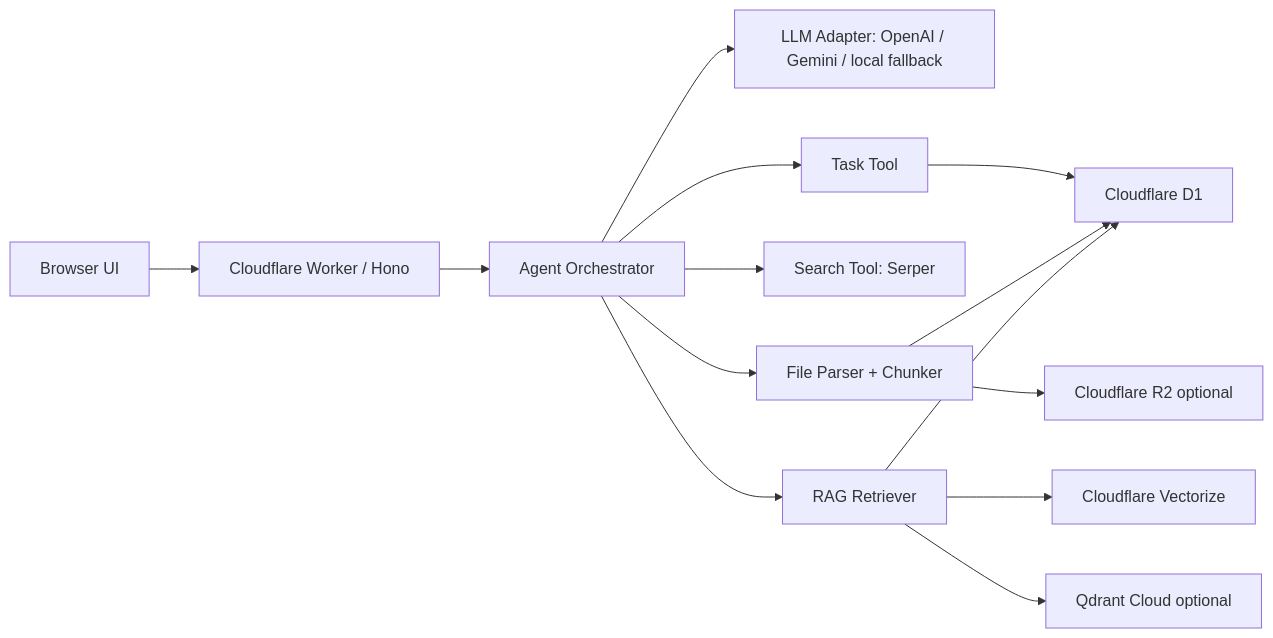
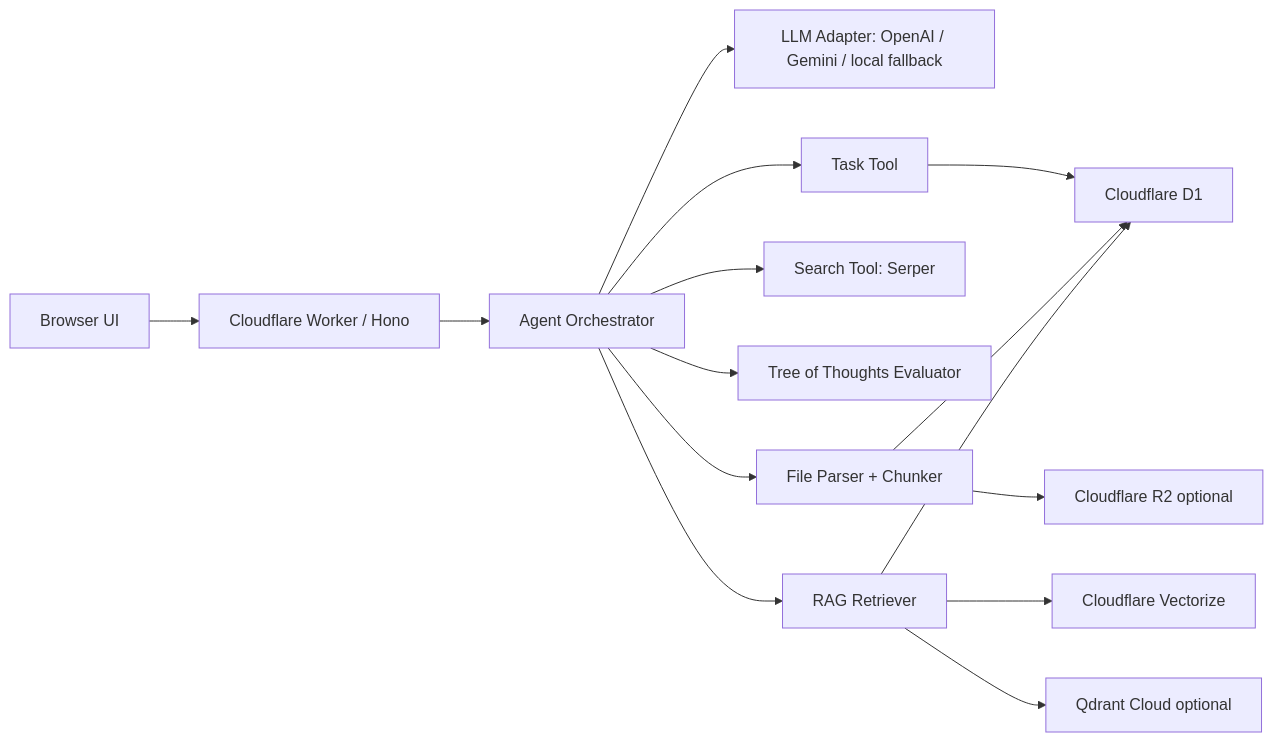
The diagram in README.md (zeyuyuyu/task-agent-worker), drawn with Mermaid before and after one commit. The commit also changed other lines of this file and 3 other files, not shown here.

Commit message:
Add Tree of Thoughts research mode

````diff
--- a/README.md
+++ b/README.md
@@ -25,16 +25,17 @@
 ```mermaid
 flowchart LR
   UI["Browser UI"] --> Worker["Cloudflare Worker / Hono"]
   Worker --> Agent["Agent Orchestrator"]
   Agent --> LLM["LLM Adapter: OpenAI / Gemini / local fallback"]
   Agent --> Tasks["Task Tool"]
   Agent --> Search["Search Tool: Serper"]
+  Agent --> ToT["Tree of Thoughts Evaluator"]
   Agent --> Files["File Parser + Chunker"]
   Agent --> Rag["RAG Retriever"]
   Tasks --> D1["Cloudflare D1"]
   Files --> D1
   Rag --> D1
   Rag --> Vectorize["Cloudflare Vectorize"]
   Rag --> Qdrant["Qdrant Cloud optional"]
   Files --> R2["Cloudflare R2 optional"]
 ```
````
